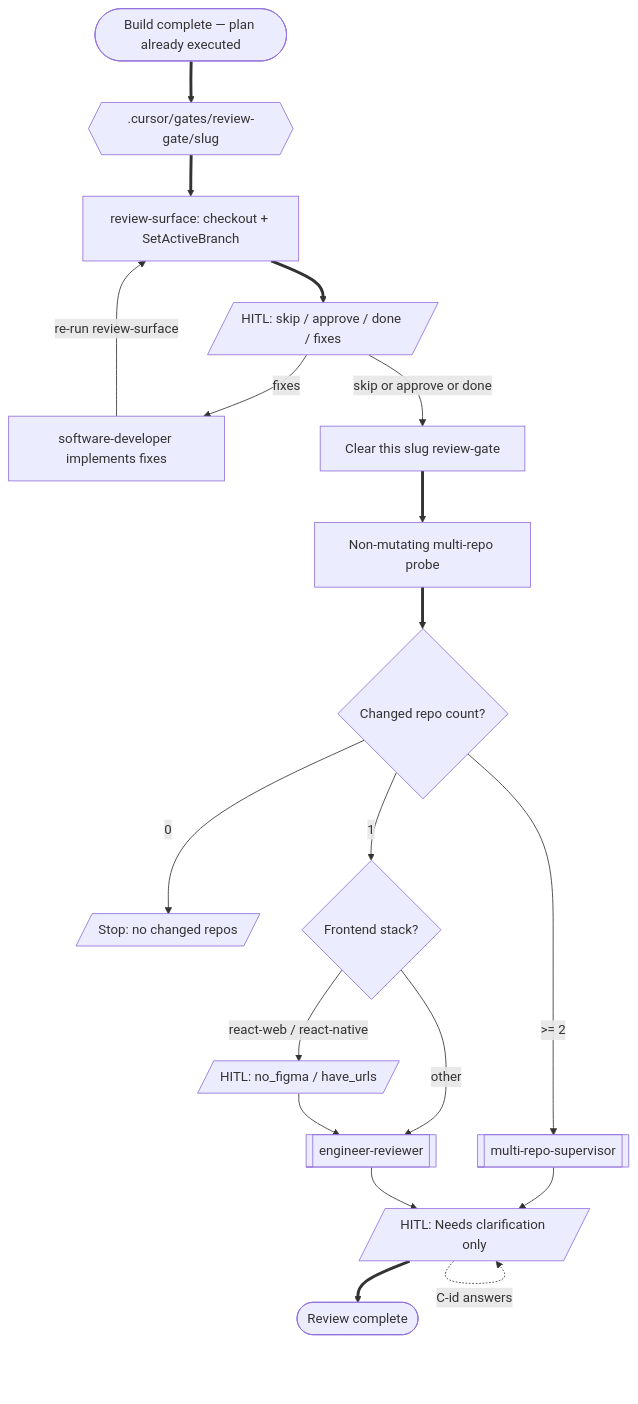
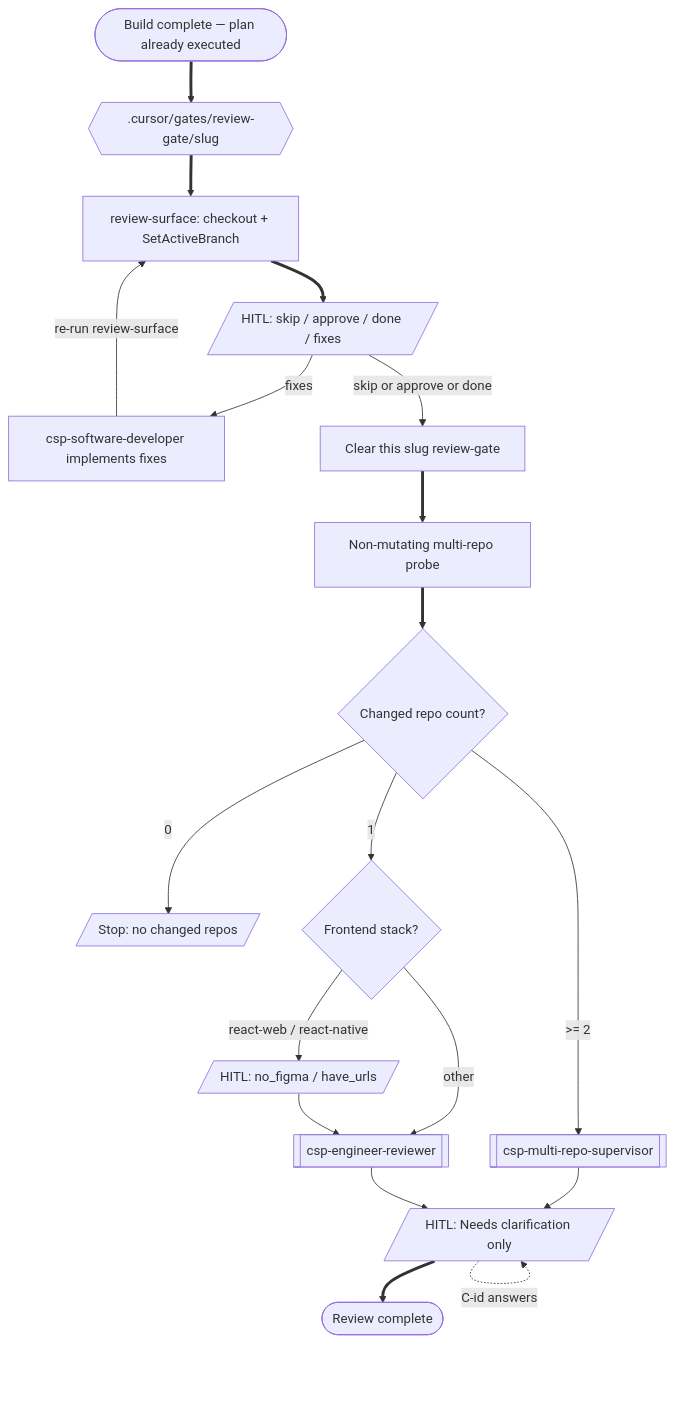
One commit to a-trembak/cursor-spells changed the sixth of 14 diagrams in docs/superpowers/pipeline-flow.md. Above: the diagram before and after it, drawn with Mermaid. The commit also changed other lines of this file and 228 other files, not shown here.

````diff
--- a/docs/superpowers/pipeline-flow.md
+++ b/docs/superpowers/pipeline-flow.md
@@ -324,37 +324,37 @@
 ```mermaid
 flowchart TD
   planDone(["Build complete — plan already executed"])
   writeReview{{".cursor/gates/review-gate/slug"}}
   surface["review-surface: checkout + SetActiveBranch"]
   hitlFinish[/"HITL: skip / approve / done / fixes"/]
-  doFixes["software-developer implements fixes"]
+  doFixes["csp-software-developer implements fixes"]
   delReview["Clear this slug review-gate"]
   probe["Non-mutating multi-repo probe"]
   repoCount{Changed repo count?}
   stopZero[/"Stop: no changed repos"/]
-  multi[["multi-repo-supervisor"]]
+  multi[["csp-multi-repo-supervisor"]]
   singleFrontend{Frontend stack?}
   figmaHitl[/"HITL: no_figma / have_urls"/]
-  single[["engineer-reviewer"]]
+  single[["csp-engineer-reviewer"]]
   clarify[/"HITL: Needs clarification only"/]
   reviewed(["Review complete"])
 
   planDone ==> writeReview
   writeReview ==> surface
   surface ==> hitlFinish
   hitlFinish -->|"fixes"| doFixes
   doFixes -->|"re-run review-surface"| surface
   hitlFinish -->|"skip or approve or done"| delReview
   delReview ==> probe
   probe ==> repoCount
   repoCount -->|"0"| stopZero
   repoCount -->|">= 2"| multi
   repoCount -->|"1"| singleFrontend
   singleFrontend -->|"react-web / react-native"| figmaHitl
   singleFrontend -->|"other"| single
   figmaHitl --> single
   multi --> clarify
   single --> clarify
   clarify -.->|"C-id answers"| clarify
   clarify ==> reviewed
 ```
````
